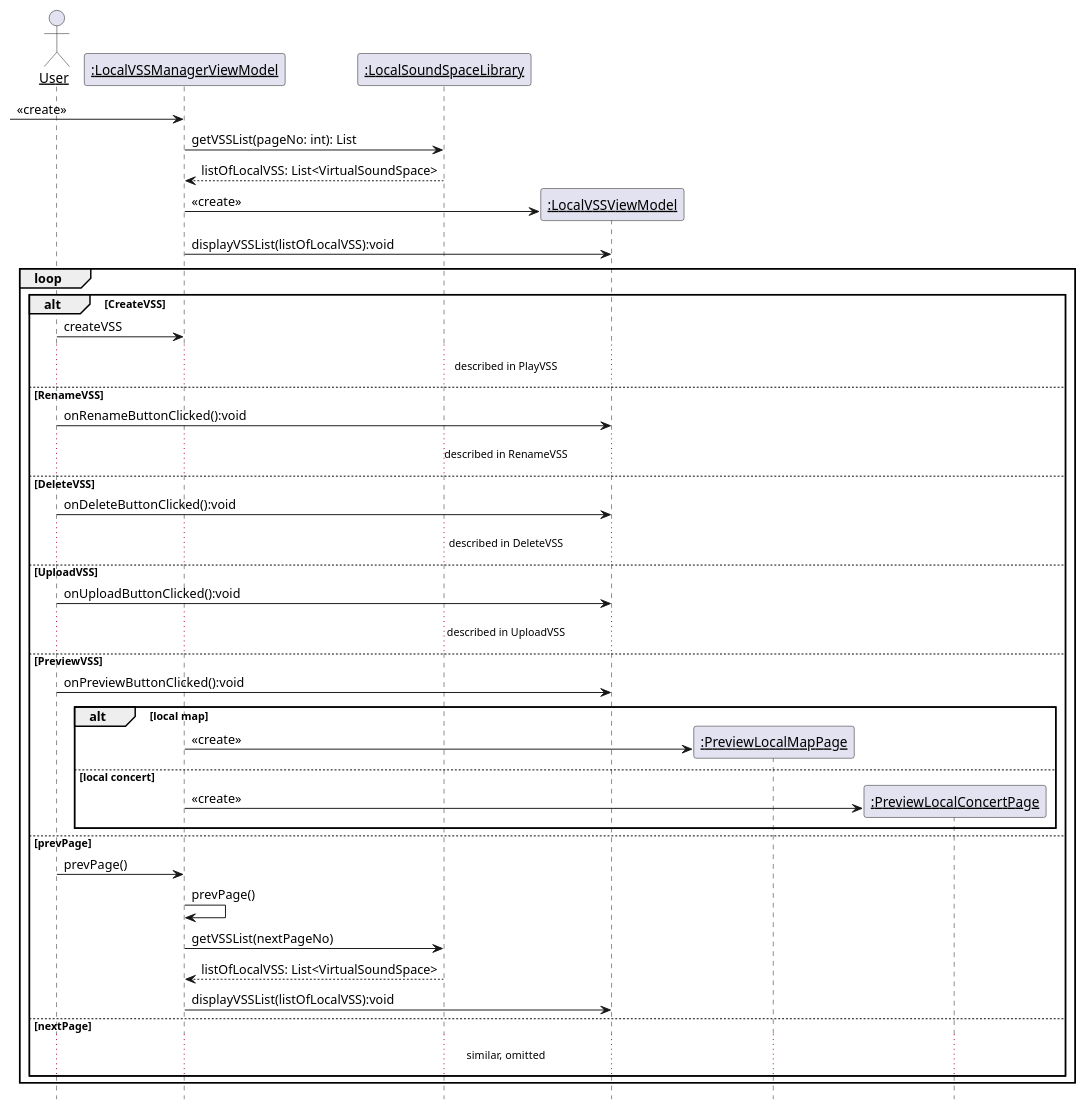
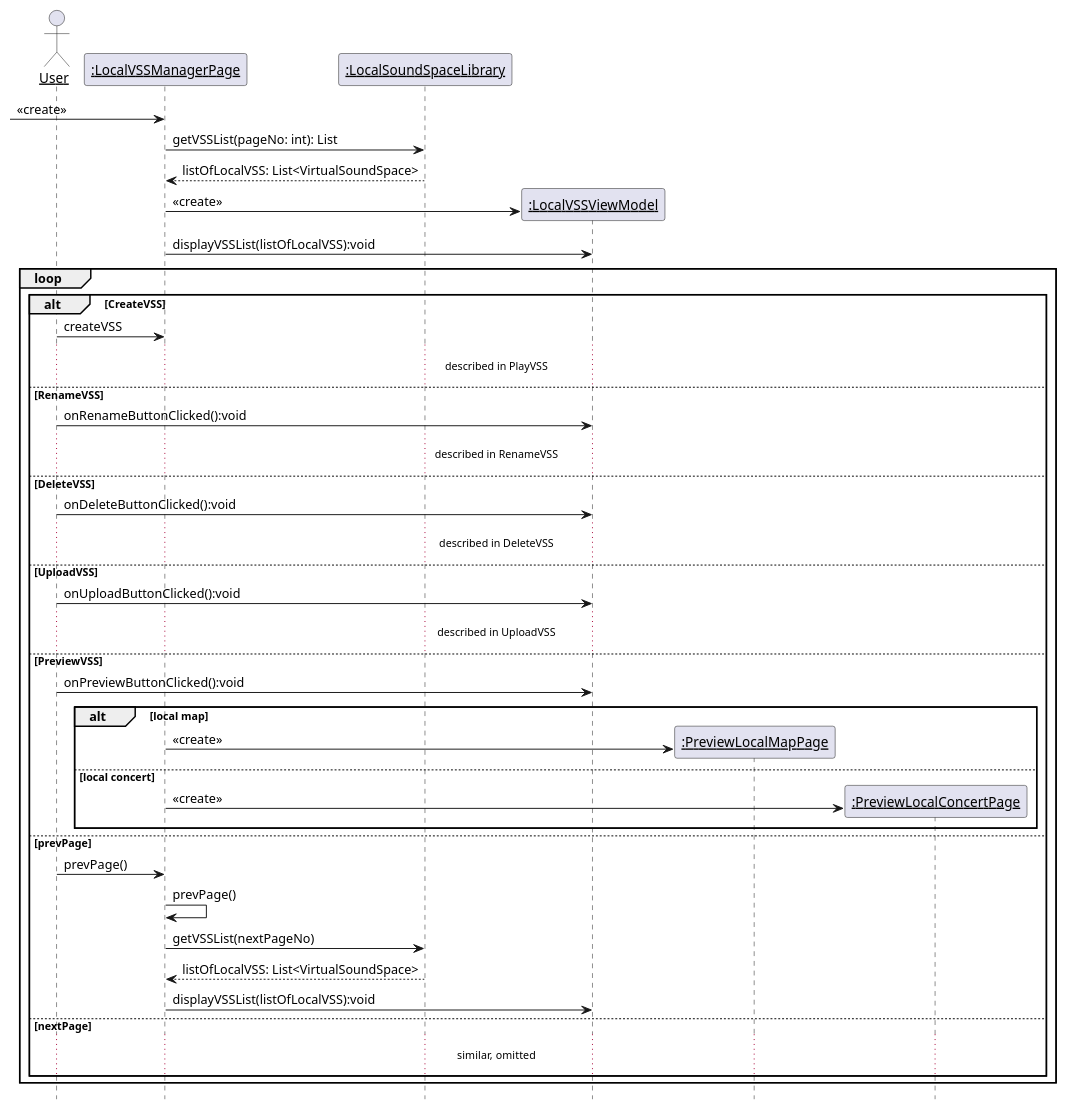
Before and after one commit to kpp19920121/doc: the eighth of 39 diagrams in 设计/顺序图.md, drawn with PlantUML. The commit also changed other lines of this file and 1 other file, not shown here.

Commit message:
改进顺序图与类图一致

````diff
--- a/设计/顺序图.md
+++ b/设计/顺序图.md
@@ -232,55 +232,55 @@
 ```PlantUML
 @startuml Diagrams/ManageLocalVSSLibrary
 hide footbox
 skinparam sequenceParticipant underline
 
 actor User as user
-participant ":LocalVSSManagerViewModel" as boundary
+participant ":LocalVSSManagerPage" as boundary
 participant ":LocalSoundSpaceLibrary" as library
 
 create boundary
 [-> boundary: <<create>>
 boundary -> library: getVSSList(pageNo: int): List
 library --> boundary: listOfLocalVSS: List<VirtualSoundSpace>
 participant ":LocalVSSViewModel" as lvvw
 create lvvw
 boundary -> lvvw: <<create>>
 boundary -> lvvw: displayVSSList(listOfLocalVSS):void
 
 loop
     alt CreateVSS
         user -> boundary: createVSS
         ...described in PlayVSS...
     else RenameVSS
         user -> lvvw: onRenameButtonClicked():void
         ...described in RenameVSS...
     else DeleteVSS
         user -> lvvw: onDeleteButtonClicked():void
         ...described in DeleteVSS...
     else UploadVSS
         user -> lvvw: onUploadButtonClicked():void
         ...described in UploadVSS...
     else PreviewVSS
         user -> lvvw: onPreviewButtonClicked():void
         alt local map
             participant ":PreviewLocalMapPage" as plmp
             create plmp
             boundary -> plmp: <<create>>
 
         else local concert
             participant ":PreviewLocalConcertPage" as plcp
             create plcp
             boundary -> plcp: <<create>>
         end
     else prevPage
         user -> boundary: prevPage()
         boundary -> boundary: prevPage()
         boundary -> library: getVSSList(nextPageNo)
         library --> boundary: listOfLocalVSS: List<VirtualSoundSpace>
         boundary -> lvvw: displayVSSList(listOfLocalVSS):void
     else nextPage
     ...similar, omitted...
     end
 end
 @enduml
 ```
````
